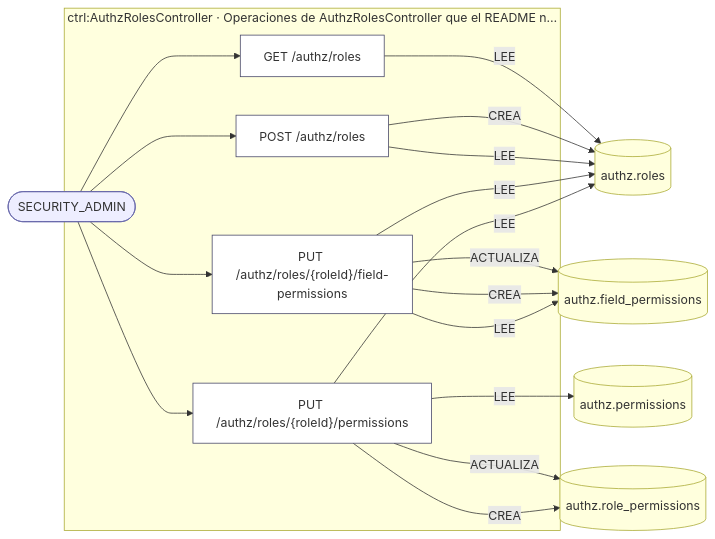
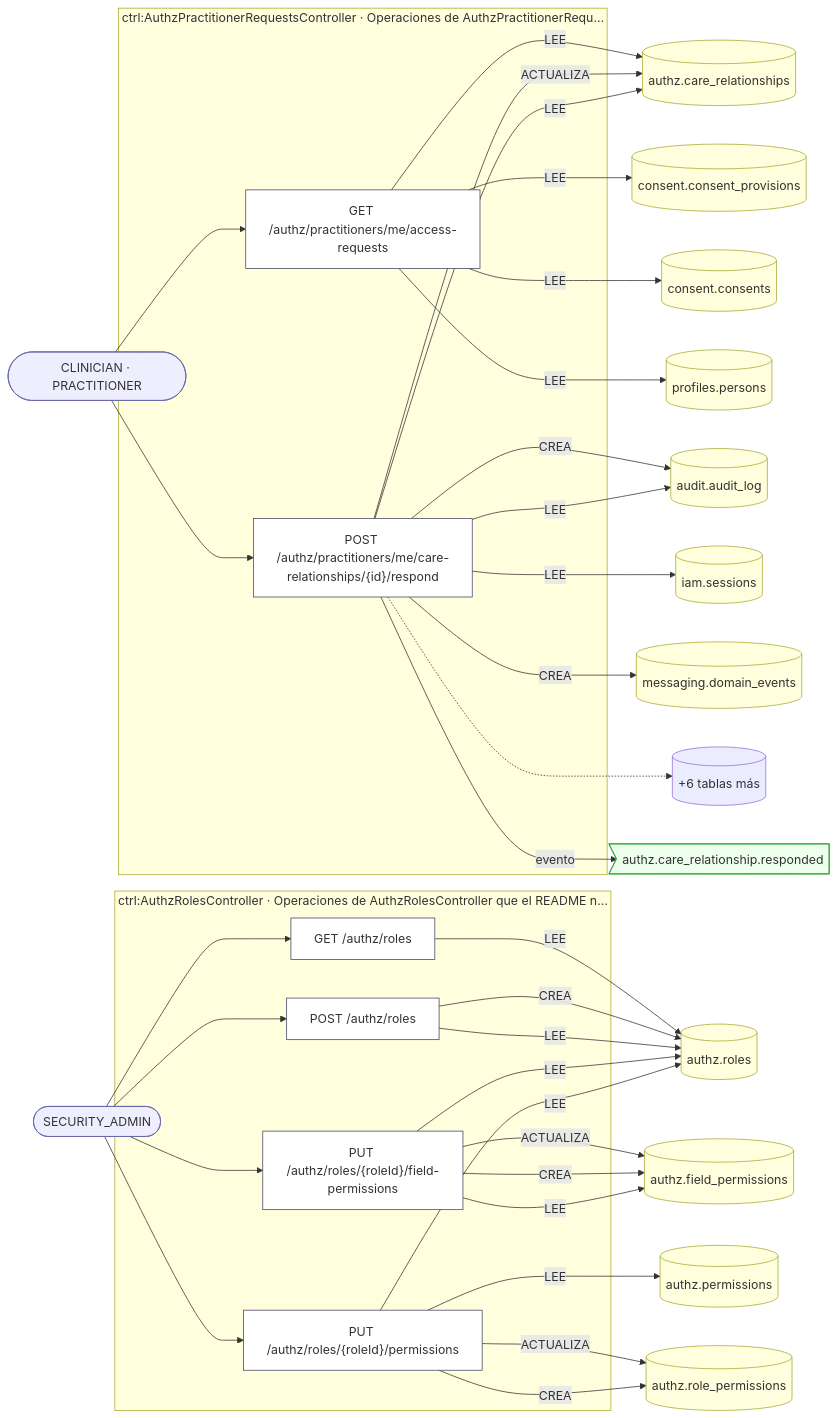
One commit to mdavila-2001/mantra-core-health-api changed the third of 44 diagrams in docs/inventario/flujos/authz.md. Above: the diagram before and after it, drawn with Mermaid. The commit also changed other lines of this file and 376 other files, not shown here.

````diff
--- a/docs/inventario/flujos/authz.md
+++ b/docs/inventario/flujos/authz.md
@@ -410,33 +440,61 @@
 ```mermaid
 flowchart LR
-  a2(["SECURITY_ADMIN"]):::actor
-  t3[("authz.roles")]:::tabla
-  t6[("authz.field_permissions")]:::tabla
-  t8[("authz.permissions")]:::tabla
-  t9[("authz.role_permissions")]:::tabla
-  subgraph s0["ctrl:AuthzRolesController · Operaciones de AuthzRolesController que el README n…"]
-    o1["GET /authz/roles"]:::op
-    o4["POST /authz/roles"]:::op
-    o5["PUT /authz/roles/{roleId}/field-permissions"]:::op
-    o7["PUT /authz/roles/{roleId}/permissions"]:::op
+  a2(["CLINICIAN · PRACTITIONER"]):::actor
+  a14(["SECURITY_ADMIN"]):::actor
+  t3[("authz.care_relationships")]:::tabla
+  t4[("consent.consent_provisions")]:::tabla
+  t5[("consent.consents")]:::tabla
+  t6[("profiles.persons")]:::tabla
+  t8[("audit.audit_log")]:::tabla
+  t9[("iam.sessions")]:::tabla
+  t10[("messaging.domain_events")]:::tabla
+  e12>"authz.care_relationship.responded"]:::evento
+  t15[("authz.roles")]:::tabla
+  t18[("authz.field_permissions")]:::tabla
+  t20[("authz.permissions")]:::tabla
+  t21[("authz.role_permissions")]:::tabla
+  t11[("+6 tablas más")]
+  subgraph s0["ctrl:AuthzPractitionerRequestsController · Operaciones de AuthzPractitionerRequ…"]
+    o1["GET /authz/practitioners/me/access-requests"]:::op
+    o7["POST /authz/practitioners/me/care-relationships/{id}/respond"]:::op
+  end
+  subgraph s1["ctrl:AuthzRolesController · Operaciones de AuthzRolesController que el README n…"]
+    o13["GET /authz/roles"]:::op
+    o16["POST /authz/roles"]:::op
+    o17["PUT /authz/roles/{roleId}/field-permissions"]:::op
+    o19["PUT /authz/roles/{roleId}/permissions"]:::op
   end
   a2 --> o1
   o1 -->|"LEE"| t3
-  a2 --> o4
-  o4 -->|"CREA"| t3
-  o4 -->|"LEE"| t3
-  a2 --> o5
-  o5 -->|"ACTUALIZA"| t6
-  o5 -->|"CREA"| t6
-  o5 -->|"LEE"| t6
-  o5 -->|"LEE"| t3
+  o1 -->|"LEE"| t4
+  o1 -->|"LEE"| t5
+  o1 -->|"LEE"| t6
   a2 --> o7
+  o7 -->|"CREA"| t8
   o7 -->|"LEE"| t8
-  o7 -->|"ACTUALIZA"| t9
-  o7 -->|"CREA"| t9
+  o7 -->|"ACTUALIZA"| t3
   o7 -->|"LEE"| t3
+  o7 -->|"LEE"| t9
+  o7 -->|"CREA"| t10
+  o7 -.-> t11
+  o7 -->|"evento"| e12
+  a14 --> o13
+  o13 -->|"LEE"| t15
+  a14 --> o16
+  o16 -->|"CREA"| t15
+  o16 -->|"LEE"| t15
+  a14 --> o17
+  o17 -->|"ACTUALIZA"| t18
+  o17 -->|"CREA"| t18
+  o17 -->|"LEE"| t18
+  o17 -->|"LEE"| t15
+  a14 --> o19
+  o19 -->|"LEE"| t20
+  o19 -->|"ACTUALIZA"| t21
+  o19 -->|"CREA"| t21
+  o19 -->|"LEE"| t15
   classDef op fill:#fff,stroke:#446
   classDef actor fill:#eef,stroke:#66a
   classDef tabla fill:#ffd,stroke:#aa3
   classDef evento fill:#efe,stroke:#3a3
 ```
````
